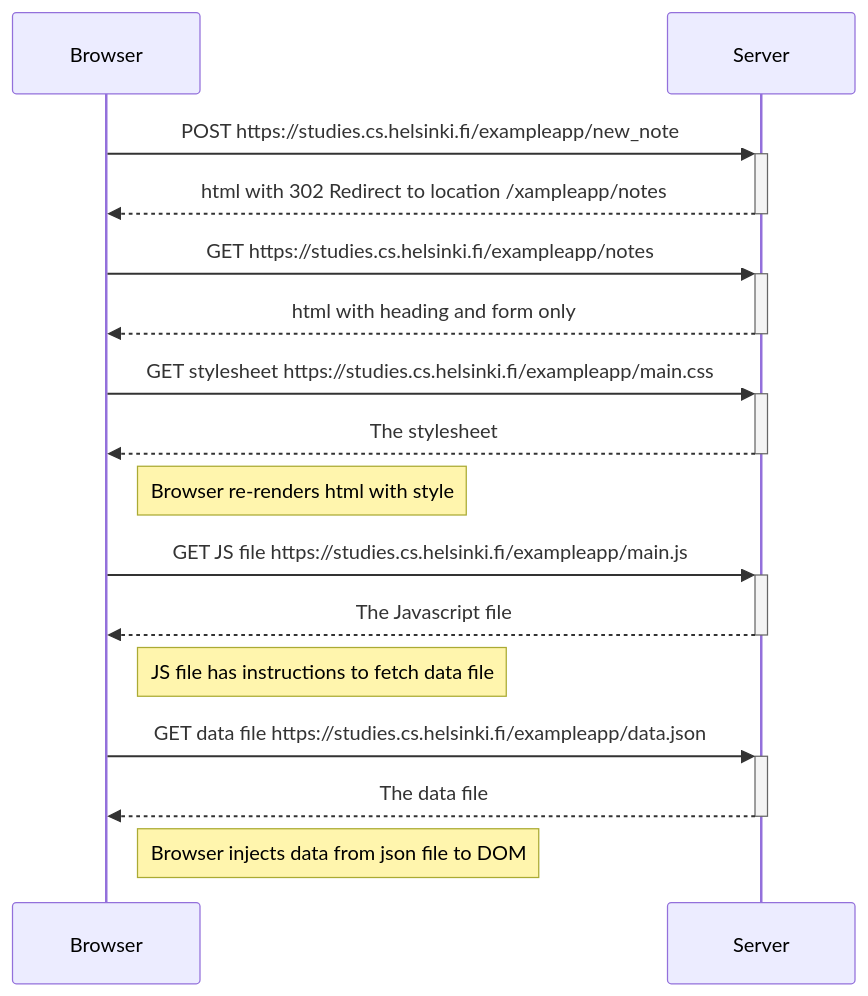
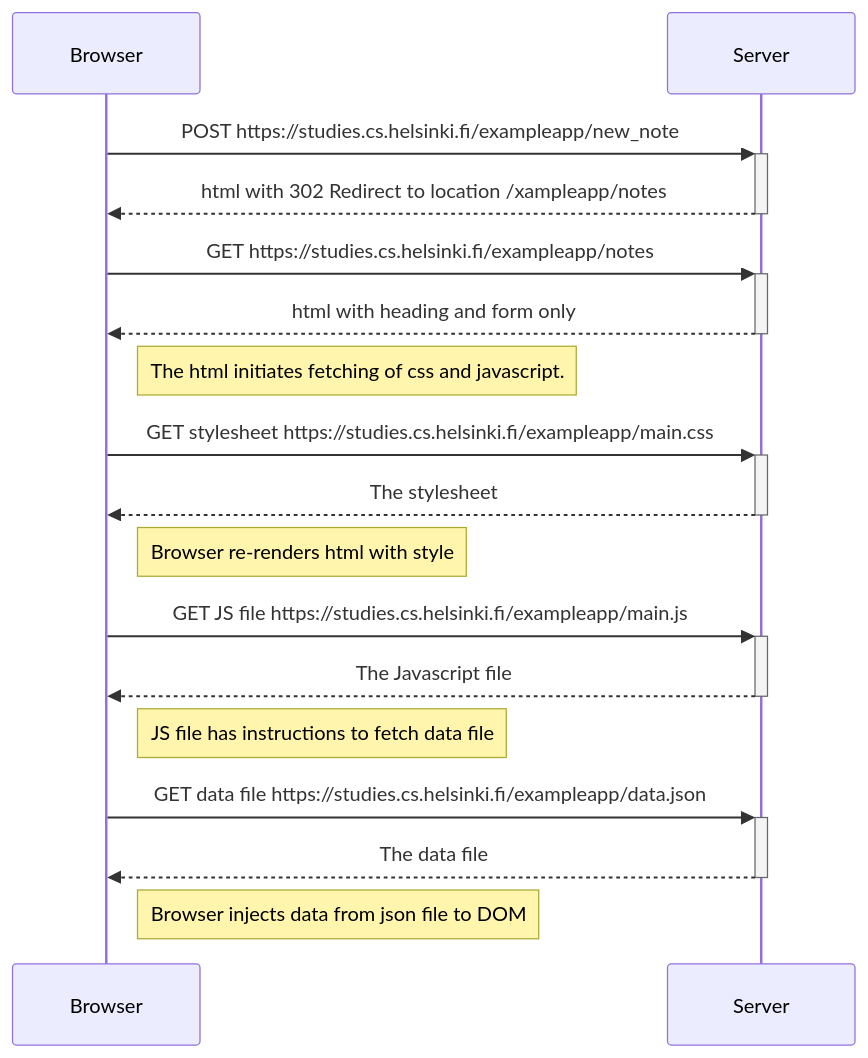
One commit to vjorma/ex changed the diagram in part0/0_4_new_note.md. Above: the diagram before and after it, drawn with Mermaid.

Commit message:
added a note for consitency with ex 6

````diff
--- a/part0/0_4_new_note.md
+++ b/part0/0_4_new_note.md
@@ -12,28 +12,29 @@
 ```mermaid
 sequenceDiagram
 
     %% Set aliases to make source code shorter
     %%
     participant B as Browser
     participant S as Server
 
     %% Arrows with + and - equal to activate and deactivate
     %%
     B ->>+ S: POST https://studies.cs.helsinki.fi/exampleapp/new_note
     S -->>- B: html with 302 Redirect to location /xampleapp/notes
         
     B ->>+ S: GET https://studies.cs.helsinki.fi/exampleapp/notes
     S -->>- B: html with heading and form only
+    Note right of B: The html initiates fetching of css and javascript.
     
     B ->>+ S: GET stylesheet https://studies.cs.helsinki.fi/exampleapp/main.css
     S -->>- B: The stylesheet
     Note right of B: Browser re-renders html with style
     
     B ->>+ S: GET JS file https://studies.cs.helsinki.fi/exampleapp/main.js
     S -->>- B: The Javascript file
     Note right of B: JS file has instructions to fetch data file
 
     B ->>+ S: GET data file https://studies.cs.helsinki.fi/exampleapp/data.json
     S -->>- B: The data file
     Note right of B: Browser injects data from json file to DOM
 ```
````
